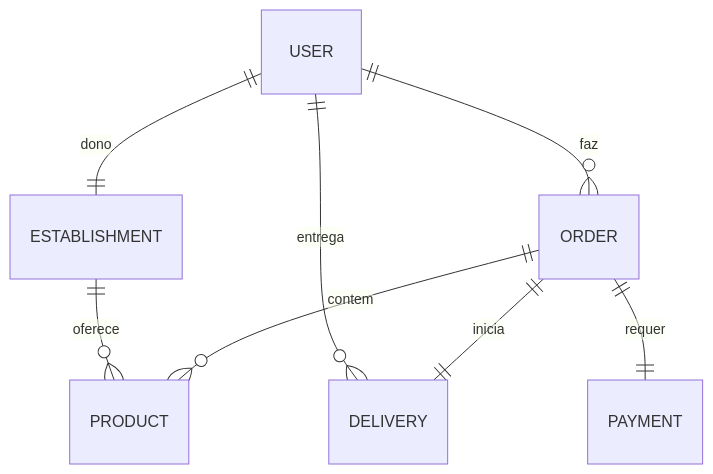
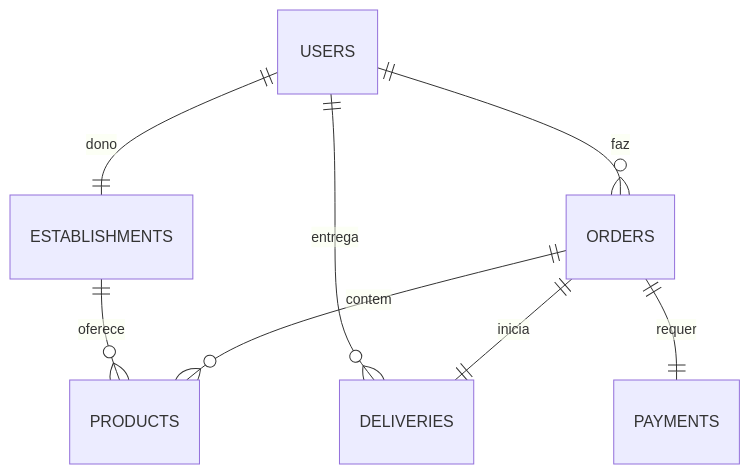
One commit to DessimA/delivery_system changed the second of 2 diagrams in docs/pt-br/ARQUITETURA.md. Above: the diagram before and after it, drawn with Mermaid. The commit also changed other lines of this file and 92 other files, not shown here.

````diff
--- a/docs/pt-br/ARQUITETURA.md
+++ b/docs/pt-br/ARQUITETURA.md
@@ -32,10 +59,10 @@
 ```mermaid
 erDiagram
-    USER ||--|| ESTABLISHMENT : dono
-    USER ||--o{ ORDER : faz
-    USER ||--o{ DELIVERY : entrega
-    ESTABLISHMENT ||--o{ PRODUCT : oferece
-    ORDER ||--o{ PRODUCT : contem
-    ORDER ||--|| DELIVERY : inicia
-    ORDER ||--|| PAYMENT : requer
+    USERS ||--|| ESTABLISHMENTS : dono
+    USERS ||--o{ ORDERS : faz
+    USERS ||--o{ DELIVERIES : entrega
+    ESTABLISHMENTS ||--o{ PRODUCTS : oferece
+    ORDERS ||--o{ PRODUCTS : contem
+    ORDERS ||--|| DELIVERIES : inicia
+    ORDERS ||--|| PAYMENTS : requer
 ```
````
